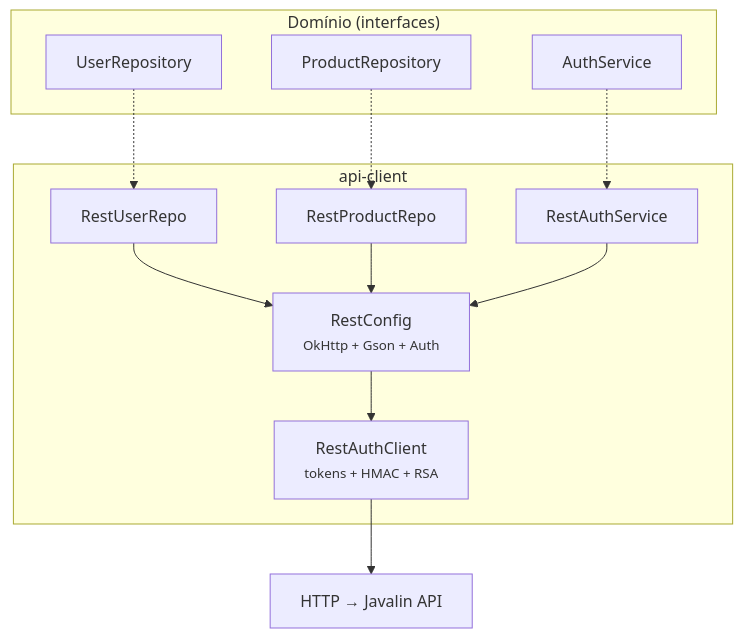
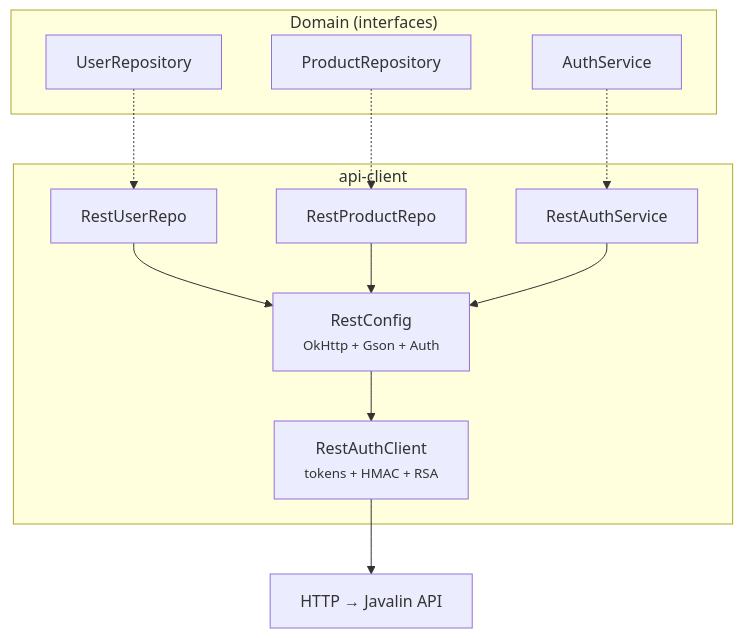
One commit to mrcdom/wdc-cube-java-v2 changed the second of 2 diagrams in fontes/br.com.wdc.shopping/br.com.wdc.shopping.persistence/persistence.client/README.md. Above: the diagram before and after it, drawn with Mermaid. The commit also changed other lines of this file and 69 other files, not shown here.

````diff
--- a/fontes/br.com.wdc.shopping/br.com.wdc.shopping.persistence/persistence.client/README.md
+++ b/fontes/br.com.wdc.shopping/br.com.wdc.shopping.persistence/persistence.client/README.md
@@ -33,27 +33,27 @@
 ```mermaid
 graph TD
-    subgraph Domain["Domínio (interfaces)"]
+    subgraph Domain["Domain (interfaces)"]
         UserRepo["UserRepository"]
         ProductRepo["ProductRepository"]
         AuthSvc["AuthService"]
     end
 
     subgraph ApiClient["api-client"]
         RestUser["RestUserRepo"]
         RestProduct["RestProductRepo"]
         RestAuth["RestAuthService"]
         Config["RestConfig<br/><small>OkHttp + Gson + Auth</small>"]
         AuthClient["RestAuthClient<br/><small>tokens + HMAC + RSA</small>"]
     end
 
     Javalin["HTTP → Javalin API"]
 
     UserRepo -.-> RestUser
     ProductRepo -.-> RestProduct
     AuthSvc -.-> RestAuth
     RestUser --> Config
     RestProduct --> Config
     RestAuth --> Config
     Config --> AuthClient
     AuthClient --> Javalin
 ```
````
